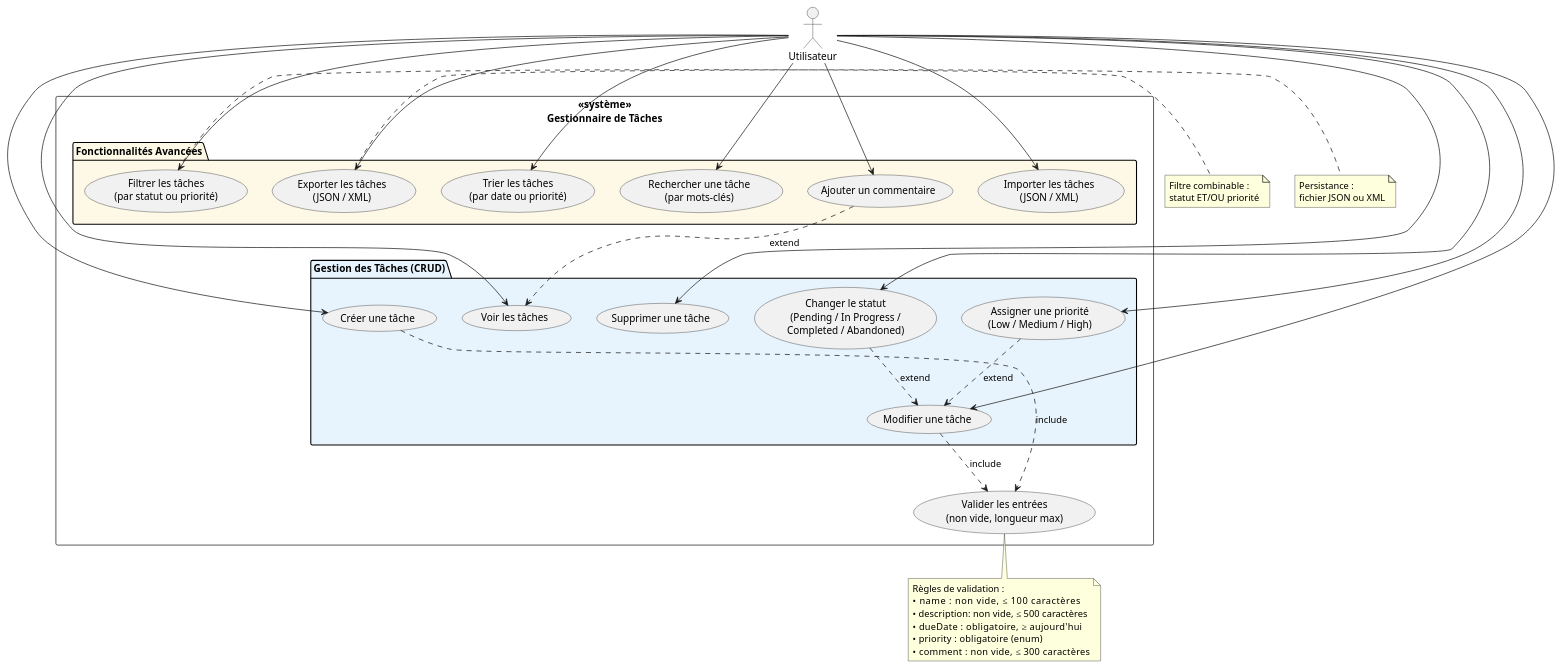
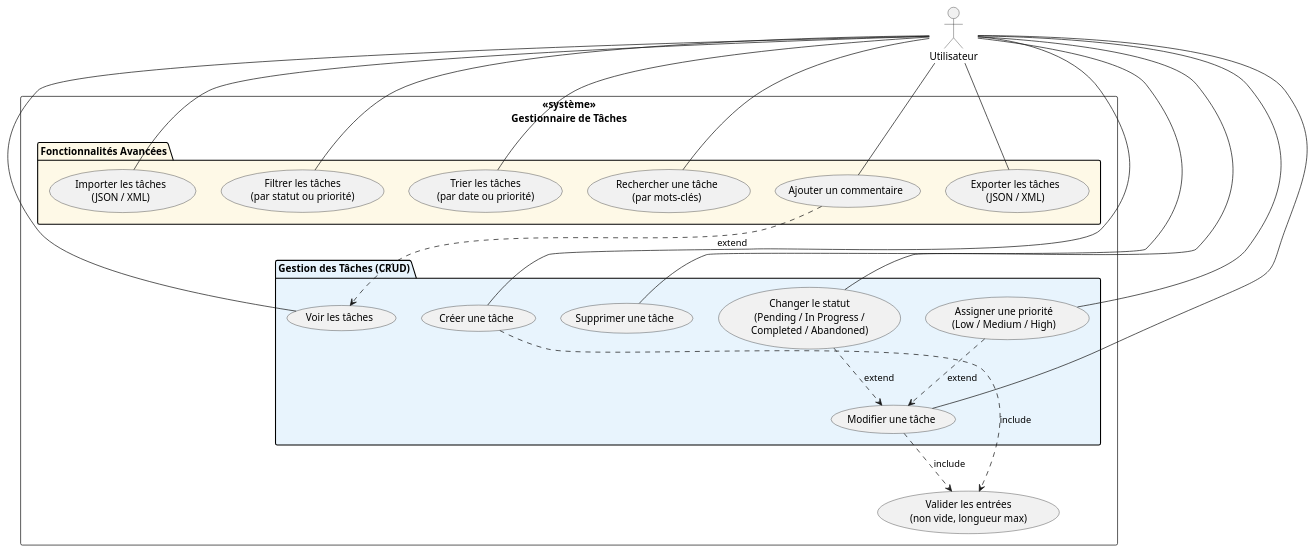
The diagram in use_case_diagram.puml (Julien3556/Gestionnaire_de_taches), drawn with PlantUML before and after one commit.

Commit message:
use_case_diagram v1

```diff
--- a/use_case_diagram.puml
+++ b/use_case_diagram.puml
@@ -1,76 +1,49 @@
-@startuml DiagrammeCasUtilisation_GestionnaireTaches
+@startuml DiagrammeCasUtilisation
 
-' ── Acteur ────────────────────────────────────────────────────────────────────
 actor "Utilisateur" as User
 
-' ── Frontière système ─────────────────────────────────────────────────────────
 rectangle "«système»\nGestionnaire de Tâches" {
 
-    ' ── CRUD & Statuts ───────────────────────────────────────────────────────
     package "Gestion des Tâches (CRUD)" #E8F4FD {
         usecase "Créer une tâche"       as UC_Create
         usecase "Voir les tâches"       as UC_Read
         usecase "Modifier une tâche"    as UC_Update
         usecase "Supprimer une tâche"   as UC_Delete
         usecase "Changer le statut\n(Pending / In Progress /\nCompleted / Abandoned)" as UC_Status
         usecase "Assigner une priorité\n(Low / Medium / High)" as UC_Priority
     }
 
-    ' ── Fonctionnalités avancées ─────────────────────────────────────────────
     package "Fonctionnalités Avancées" #FEF9E7 {
         usecase "Filtrer les tâches\n(par statut ou priorité)" as UC_Filter
         usecase "Trier les tâches\n(par date ou priorité)"     as UC_Sort
         usecase "Rechercher une tâche\n(par mots-clés)"        as UC_Search
         usecase "Ajouter un commentaire"                        as UC_Comment
         usecase "Exporter les tâches\n(JSON / XML)"            as UC_Export
         usecase "Importer les tâches\n(JSON / XML)"            as UC_Import
     }
 
-    ' ── Validation (cas inclus) ───────────────────────────────────────────────
     usecase "Valider les entrées\n(non vide, longueur max)" as UC_Validate
 }
 
-' ── Relations Utilisateur → Cas d'utilisation ─────────────────────────────────
-User --> UC_Create
-User --> UC_Read
-User --> UC_Update
-User --> UC_Delete
-User --> UC_Status
-User --> UC_Priority
-User --> UC_Filter
-User --> UC_Sort
-User --> UC_Search
-User --> UC_Comment
-User --> UC_Export
-User --> UC_Import
+User -- UC_Create
+User -- UC_Read
+User -- UC_Update
+User -- UC_Delete
+User -- UC_Status
+User -- UC_Priority
+User -- UC_Filter
+User -- UC_Sort
+User -- UC_Search
+User -- UC_Comment
+User -- UC_Export
+User -- UC_Import
 
-' ── Relations «include» ───────────────────────────────────────────────────────
 UC_Create  ..> UC_Validate : «include»
 UC_Update  ..> UC_Validate : «include»
 
-' ── Relations «extend» ───────────────────────────────────────────────────────
 UC_Status   ..> UC_Update  : «extend»
 UC_Priority ..> UC_Update  : «extend»
 UC_Comment  ..> UC_Read    : «extend»
 
-' ── Note explicative ─────────────────────────────────────────────────────────
-note bottom of UC_Validate
-  Règles de validation :
-  • name       : non vide, ≤ 100 caractères
-  • description: non vide, ≤ 500 caractères
-  • dueDate    : obligatoire, ≥ aujourd'hui
-  • priority   : obligatoire (enum)
-  • comment    : non vide, ≤ 300 caractères
-end note
-
-note right of UC_Filter
-  Filtre combinable :
-  statut ET/OU priorité
-end note
-
-note right of UC_Export
-  Persistance :
-  fichier JSON ou XML
-end note
 
 @enduml
```
